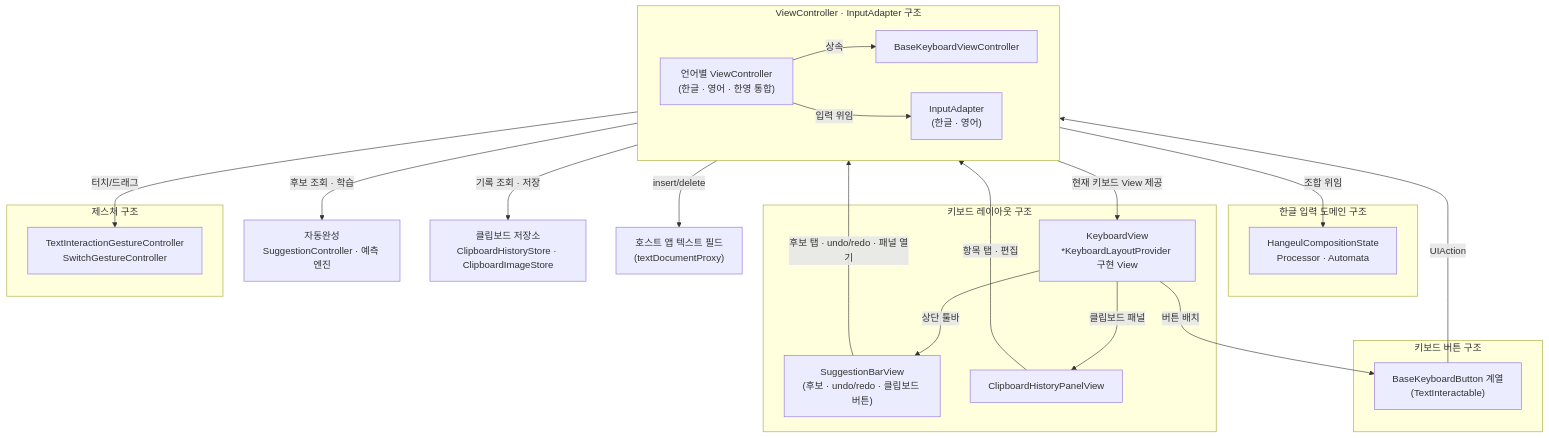
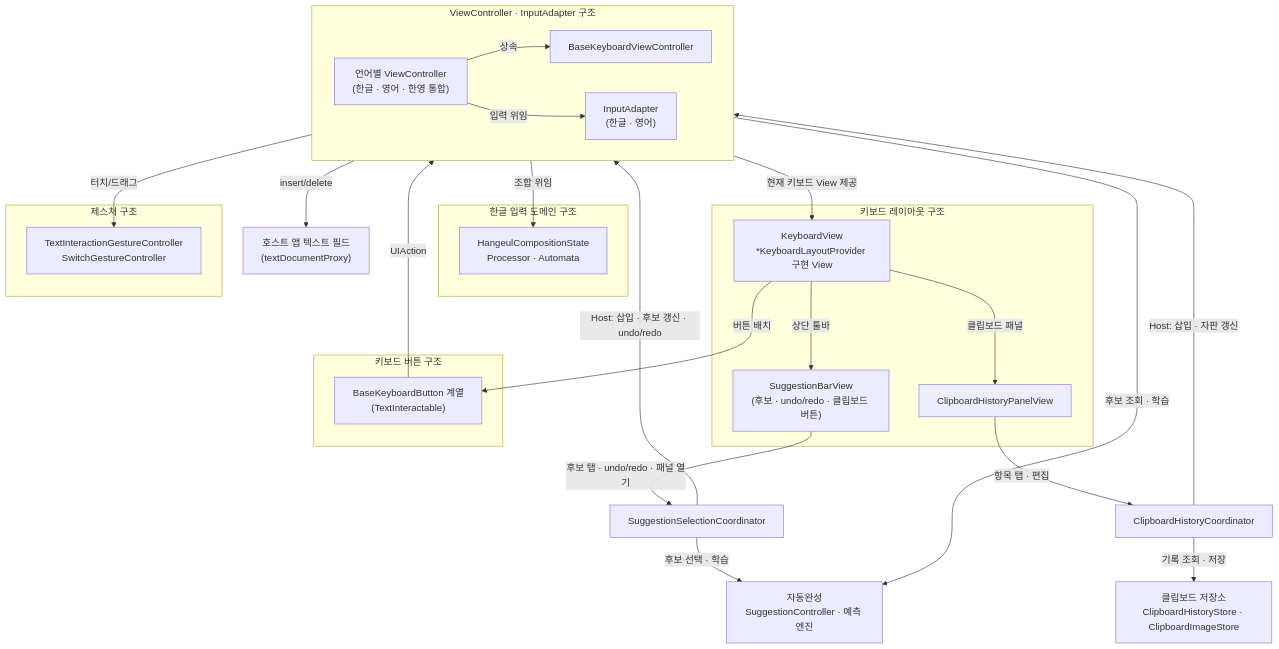
The first of 6 diagrams in README.md (SNMac/SYKeyboard), drawn with Mermaid before and after one commit. The commit also changed other lines of this file and 6 other files, not shown here.

````diff
--- a/README.md
+++ b/README.md
@@ -441,49 +441,54 @@
 ``` mermaid
 %%{
   init: {
     "theme": "default",
     "fontFamily": "monospace"
   }
 }%%
 flowchart TB
     subgraph VCA["ViewController · InputAdapter 구조"]
         direction LR
         FinalVC["언어별 ViewController<br/>(한글 · 영어 · 한영 통합)"] -->|상속| BaseVC["BaseKeyboardViewController"]
         FinalVC -->|입력 위임| Adapter["InputAdapter<br/>(한글 · 영어)"]
     end
 
     subgraph HD["한글 입력 도메인 구조"]
         Domain["HangeulCompositionState<br/>Processor · Automata"]
     end
 
     subgraph LO["키보드 레이아웃 구조"]
         Layout["KeyboardView<br/>*KeyboardLayoutProvider 구현 View"]
         Toolbar["SuggestionBarView<br/>(후보 · undo/redo · 클립보드 버튼)"]
         ClipboardPanel["ClipboardHistoryPanelView"]
     end
 
     subgraph GS["제스처 구조"]
         Gesture["TextInteractionGestureController<br/>SwitchGestureController"]
     end
 
     subgraph BT["키보드 버튼 구조"]
         Button["BaseKeyboardButton 계열<br/>(TextInteractable)"]
     end
 
+    SuggestionCoord["SuggestionSelectionCoordinator"]
+    ClipboardCoord["ClipboardHistoryCoordinator"]
     Suggestion["자동완성<br/>SuggestionController · 예측 엔진"]
     ClipboardStore["클립보드 저장소<br/>ClipboardHistoryStore · ClipboardImageStore"]
     Host["호스트 앱 텍스트 필드<br/>(textDocumentProxy)"]
 
     Adapter -->|조합 위임| Domain
     Adapter -->|현재 키보드 View 제공| Layout
     Layout -->|버튼 배치| Button
     Layout -->|상단 툴바| Toolbar
     Layout -->|클립보드 패널| ClipboardPanel
     Button -->|UIAction| BaseVC
-    Toolbar -->|후보 탭 · undo/redo · 패널 열기| BaseVC
-    ClipboardPanel -->|항목 탭 · 편집| BaseVC
+    Toolbar -->|후보 탭 · undo/redo · 패널 열기| SuggestionCoord
+    ClipboardPanel -->|항목 탭 · 편집| ClipboardCoord
+    SuggestionCoord -->|Host: 삽입 · 후보 갱신 · undo/redo| BaseVC
+    ClipboardCoord -->|Host: 삽입 · 자판 갱신| BaseVC
+    SuggestionCoord -->|후보 선택 · 학습| Suggestion
+    ClipboardCoord -->|기록 조회 · 저장| ClipboardStore
     BaseVC -->|터치/드래그| Gesture
     BaseVC -->|후보 조회 · 학습| Suggestion
-    BaseVC -->|기록 조회 · 저장| ClipboardStore
     BaseVC -->|insert/delete| Host
 ```
````
